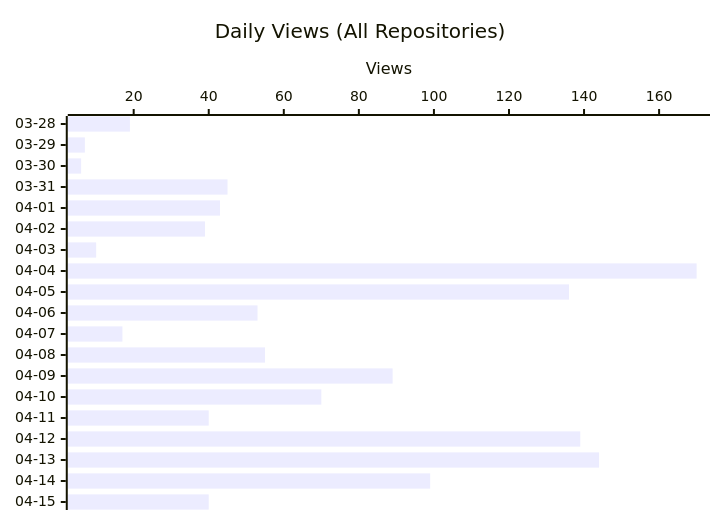
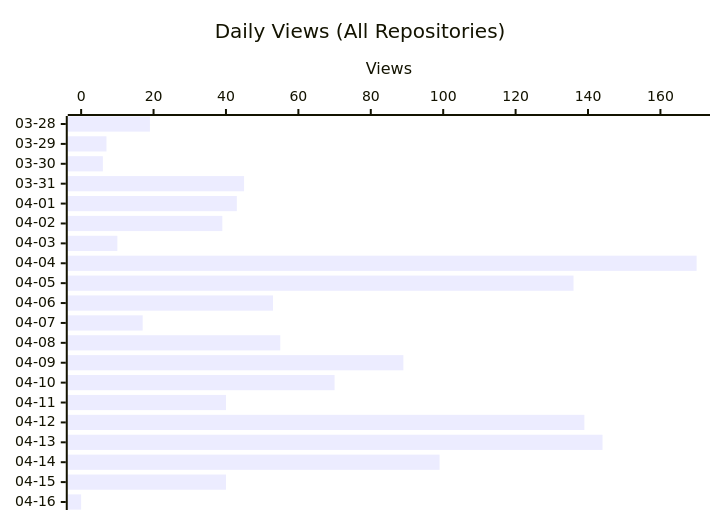
Before and after one commit to shigechika/github-insights: the second of 3 diagrams in README.md, drawn with Mermaid. The commit also changed other lines of this file and 1 other file, not shown here.

````diff
--- a/README.md
+++ b/README.md
@@ -22,7 +22,7 @@
 ```mermaid
 xychart-beta horizontal
     title "Daily Views (All Repositories)"
-    x-axis ["03-28", "03-29", "03-30", "03-31", "04-01", "04-02", "04-03", "04-04", "04-05", "04-06", "04-07", "04-08", "04-09", "04-10", "04-11", "04-12", "04-13", "04-14", "04-15"]
+    x-axis ["03-28", "03-29", "03-30", "03-31", "04-01", "04-02", "04-03", "04-04", "04-05", "04-06", "04-07", "04-08", "04-09", "04-10", "04-11", "04-12", "04-13", "04-14", "04-15", "04-16"]
     y-axis "Views"
-    bar [19, 7, 6, 45, 43, 39, 10, 170, 136, 53, 17, 55, 89, 70, 40, 139, 144, 99, 40]
+    bar [19, 7, 6, 45, 43, 39, 10, 170, 136, 53, 17, 55, 89, 70, 40, 139, 144, 99, 40, 0]
 ```
````
